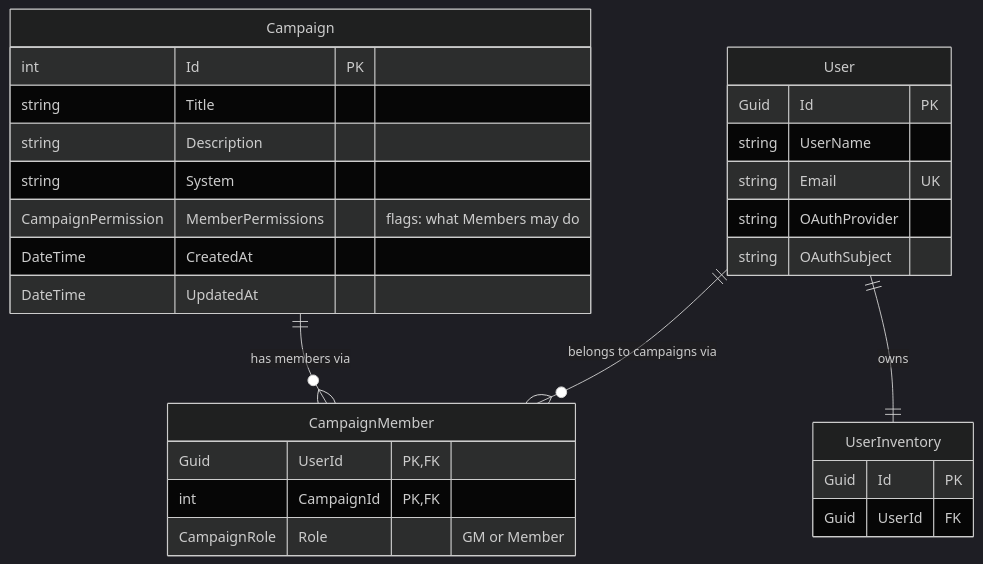
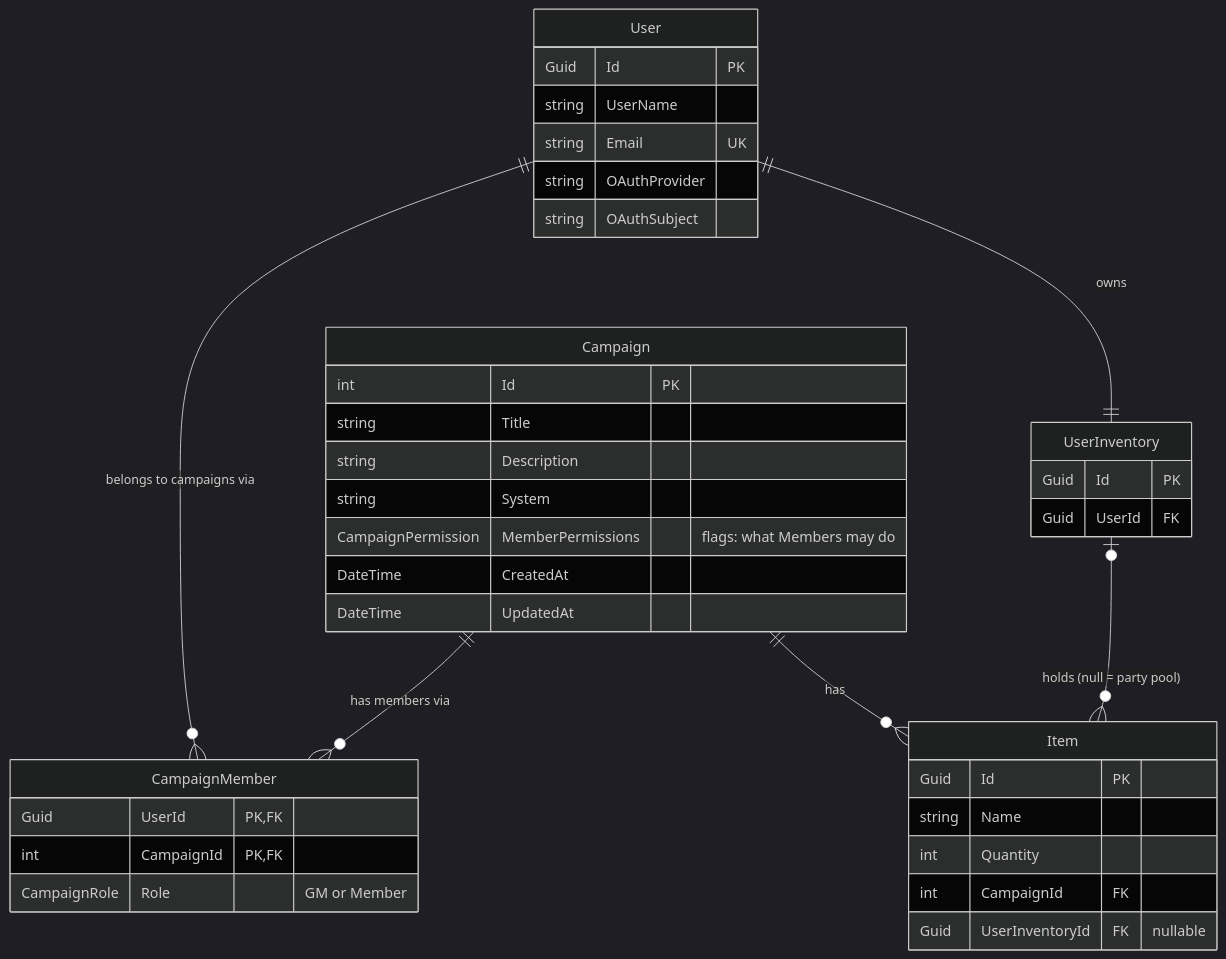
One commit to camilleechip/GroupProject325 changed the diagram in docs/ERD.md. Above: the diagram before and after it, drawn with Mermaid (dark theme). The commit also changed other lines of this file and 17 other files, not shown here.

````diff
--- a/docs/ERD.md
+++ b/docs/ERD.md
@@ -11,35 +10,45 @@
 ```mermaid
 erDiagram
     User ||--o{ CampaignMember : "belongs to campaigns via"
     Campaign ||--o{ CampaignMember : "has members via"
     User ||--|| UserInventory : owns
+    Campaign ||--o{ Item : has
+    UserInventory |o--o{ Item : "holds (null = party pool)"
+
+    Item {
+        Guid Id PK
+        string Name
+        int Quantity
+        int CampaignId FK
+        Guid UserInventoryId FK "nullable"
+    }
 
     User {
         Guid Id PK
         string UserName
         string Email UK
         string OAuthProvider
         string OAuthSubject
     }
 
     Campaign {
         int Id PK
         string Title
         string Description
         string System
         CampaignPermission MemberPermissions "flags: what Members may do"
         DateTime CreatedAt
         DateTime UpdatedAt
     }
 
     CampaignMember {
         Guid UserId PK, FK
         int CampaignId PK, FK
         CampaignRole Role "GM or Member"
     }
 
     UserInventory {
         Guid Id PK
         Guid UserId FK
     }
 ```
````
